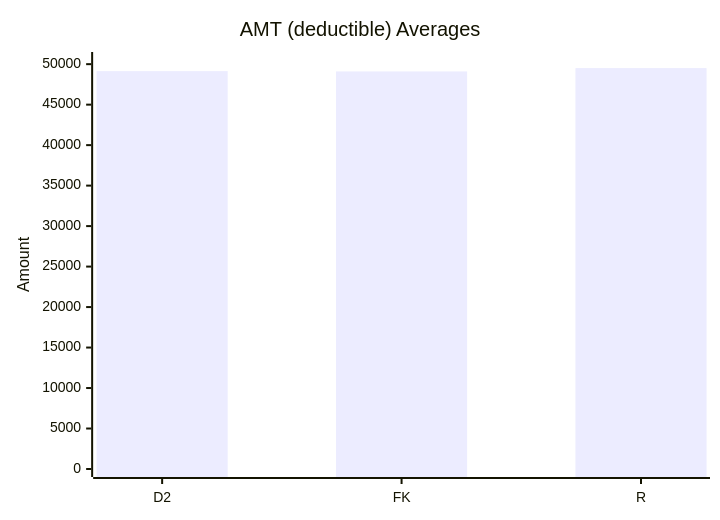
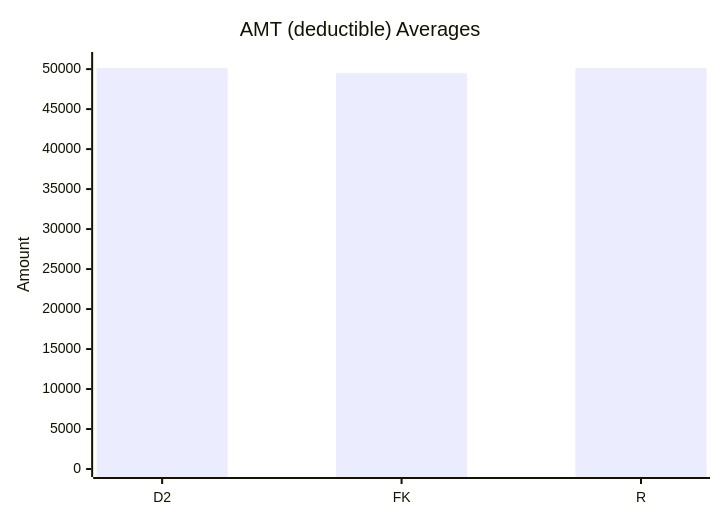
The ninth of 10 diagrams in test-tools/DataGen/src/Statistics_Visualizer.md (dhagan-va/intern-2025), drawn with Mermaid before and after one commit. The commit also changed other lines of this file, not shown here.

````diff
--- a/test-tools/DataGen/src/Statistics_Visualizer.md
+++ b/test-tools/DataGen/src/Statistics_Visualizer.md
@@ -97,7 +97,7 @@
 ```mermaid
 xychart-beta
     title "AMT (deductible) Averages"
     x-axis ["D2", "FK", "R"]
-    y-axis "Amount" 0 --> 50514.15440779614
-    bar [49141.71714142923, 49105.410079960035, 49514.15440779614]
+    y-axis "Amount" 0 --> 51139.12116883119
+    bar [50127.27085914086, 49487.92207792212, 50139.12116883119]
 ```
````
